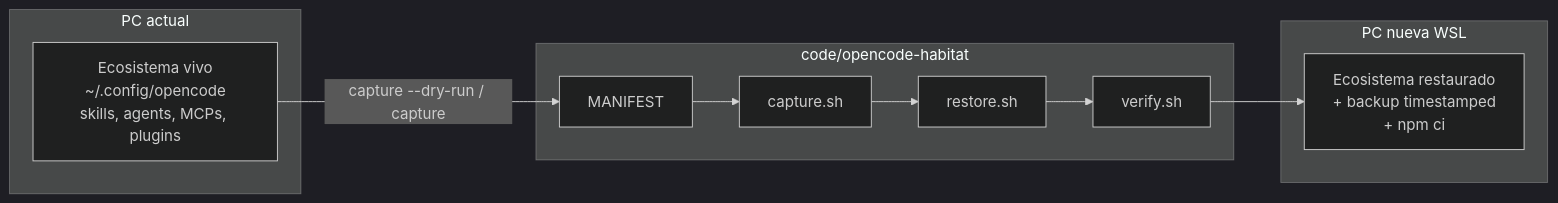
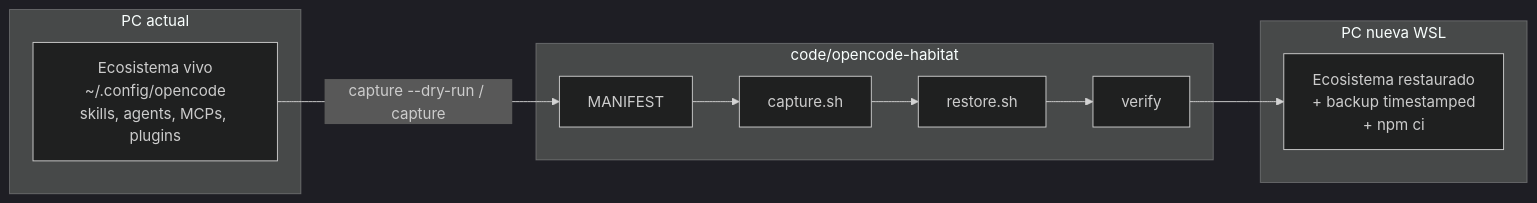
The diagram in README.md (FacundoECornet/Habitat), drawn with Mermaid (dark theme) before and after one commit. The commit also changed other lines of this file, not shown here.

````diff
--- a/README.md
+++ b/README.md
@@ -20,17 +20,17 @@
 ```mermaid
 flowchart LR
     subgraph ORIGEN[PC actual]
         ECO[Ecosistema vivo<br/>~/.config/opencode<br/>skills, agents, MCPs, plugins]
     end
     subgraph HABITAT[code/opencode-habitat]
         MAN[MANIFEST]
         CAP[capture.sh]
         RST[restore.sh]
-        VER[verify.sh]
+        VER[verify]
     end
     subgraph DESTINO[PC nueva WSL]
         ECO2[Ecosistema restaurado<br/>+ backup timestamped<br/>+ npm ci]
     end
     ECO -->|capture --dry-run / capture| MAN
     MAN --> CAP --> RST --> VER --> ECO2
 ```
````
